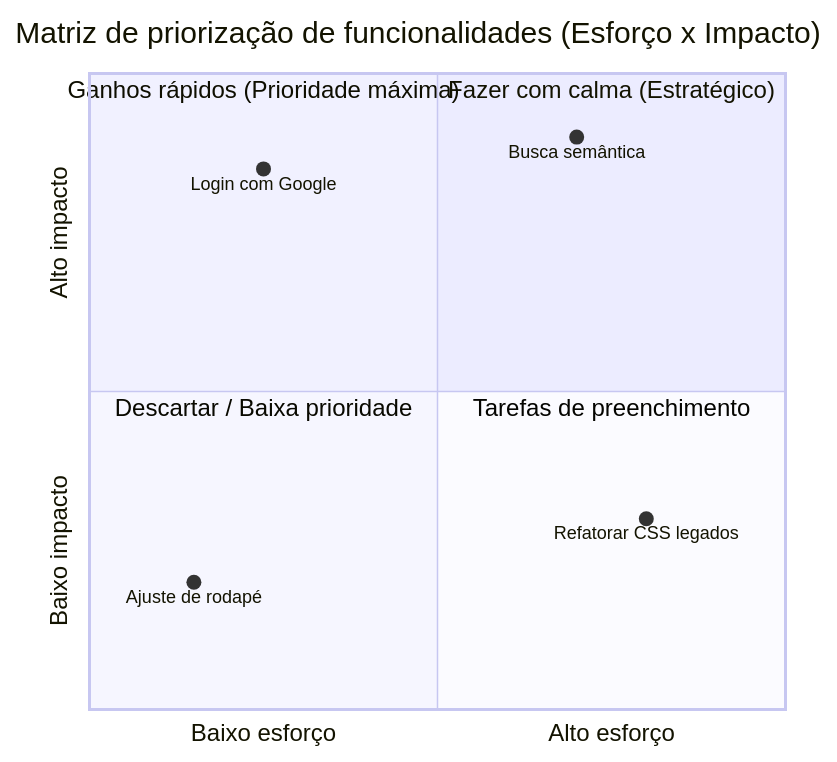
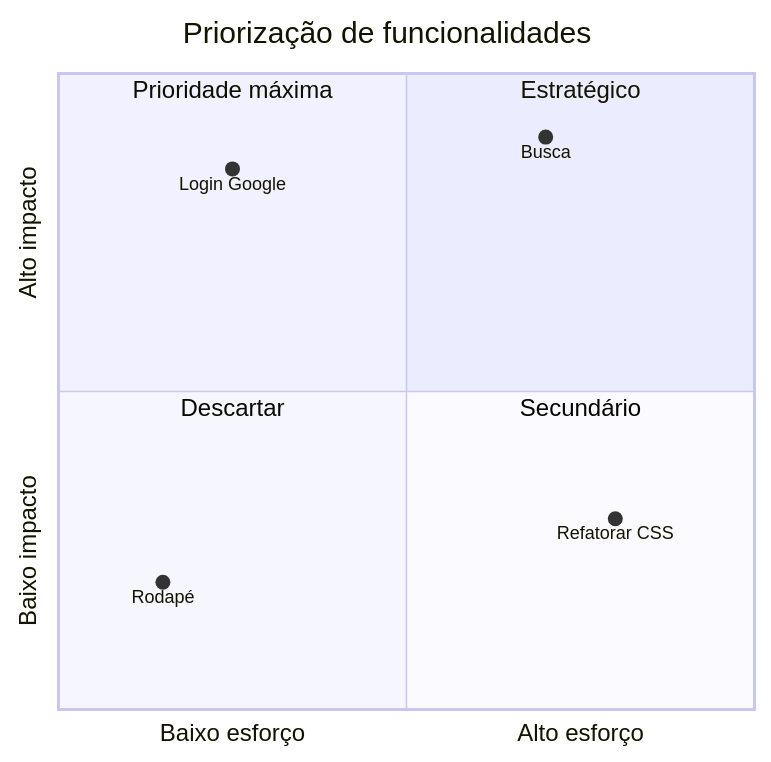
One commit to leorruas/programacao changed diagram 12 of 14 in mermaid/Sintaxe e possibilidades com Mermaid.md. Above: the diagram before and after it, drawn with Mermaid. The commit also changed other lines of this file and 4 other files, not shown here.

Commit message:
fix(mermaid): corrigir sintaxe de nós e garantir alto contraste para timeline, mindmap, quadrant e gantt

````diff
--- a/mermaid/Sintaxe e possibilidades com Mermaid.md
+++ b/mermaid/Sintaxe e possibilidades com Mermaid.md
@@ -427,14 +411,14 @@
 ```mermaid
 quadrantChart
-    title Matriz de priorização de funcionalidades (Esforço x Impacto)
+    title Priorização de funcionalidades
     x-axis "Baixo esforço" --> "Alto esforço"
     y-axis "Baixo impacto" --> "Alto impacto"
-    quadrant-1 "Fazer com calma (Estratégico)"
-    quadrant-2 "Ganhos rápidos (Prioridade máxima)"
-    quadrant-3 "Descartar / Baixa prioridade"
-    quadrant-4 "Tarefas de preenchimento"
-    "Login com Google": [0.25, 0.85]
-    "Refatorar CSS legados": [0.80, 0.30]
-    "Busca semântica": [0.70, 0.90]
-    "Ajuste de rodapé": [0.15, 0.20]
+    quadrant-1 "Estratégico"
+    quadrant-2 "Prioridade máxima"
+    quadrant-3 "Descartar"
+    quadrant-4 "Secundário"
+    "Login Google": [0.25, 0.85]
+    "Refatorar CSS": [0.80, 0.30]
+    "Busca": [0.70, 0.90]
+    "Rodapé": [0.15, 0.20]
 ```
````
